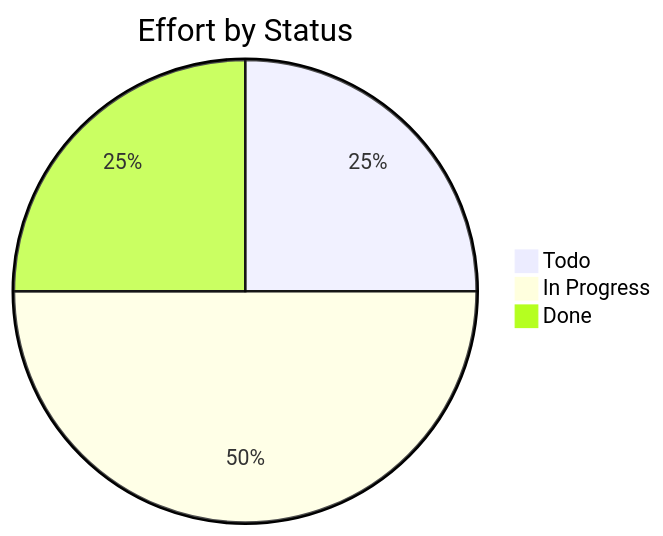
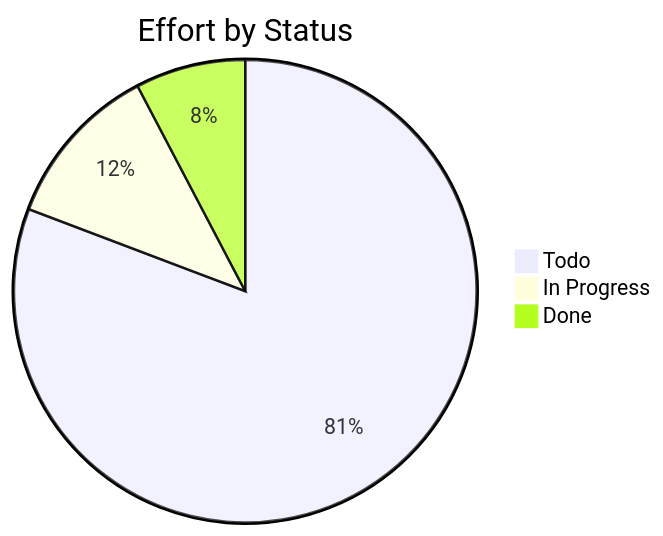
Before and after one commit to Katty-Fashion/kf-cpto: the third of 3 diagrams in docs/_projects/project-template.md, drawn with Mermaid. The commit also changed other lines of this file and 8 other files, not shown here.

````diff
--- a/docs/_projects/project-template.md
+++ b/docs/_projects/project-template.md
@@ -77,6 +110,6 @@
 ```mermaid
 pie title Effort by Status
-    "Todo" : 1.0
-    "In Progress" : 2.0
-    "Done" : 1.0
+    "Todo" : 21.0
+    "In Progress" : 3.0
+    "Done" : 2.0
 ```
````
